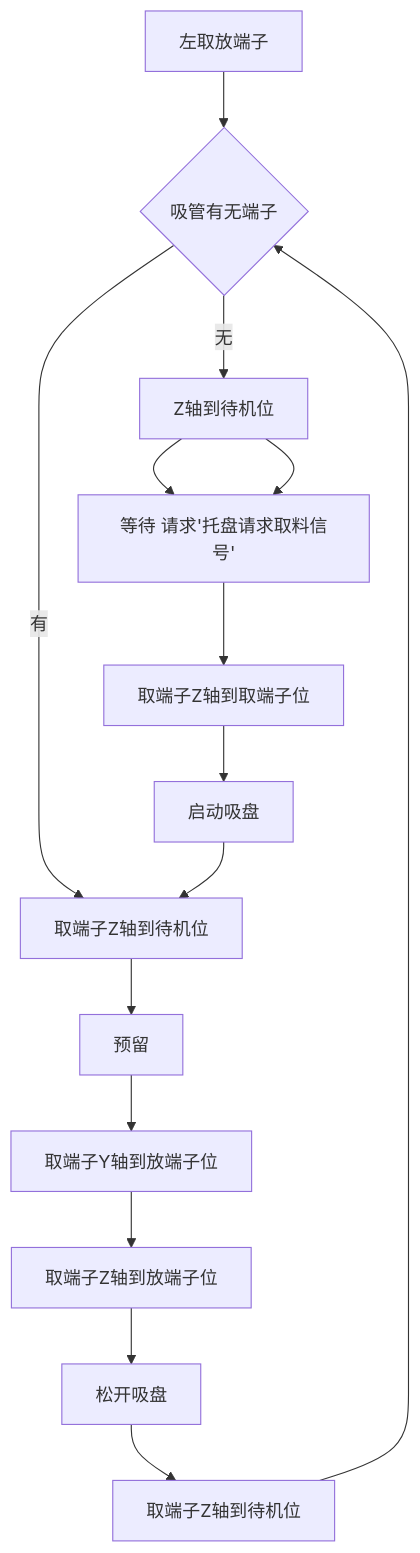
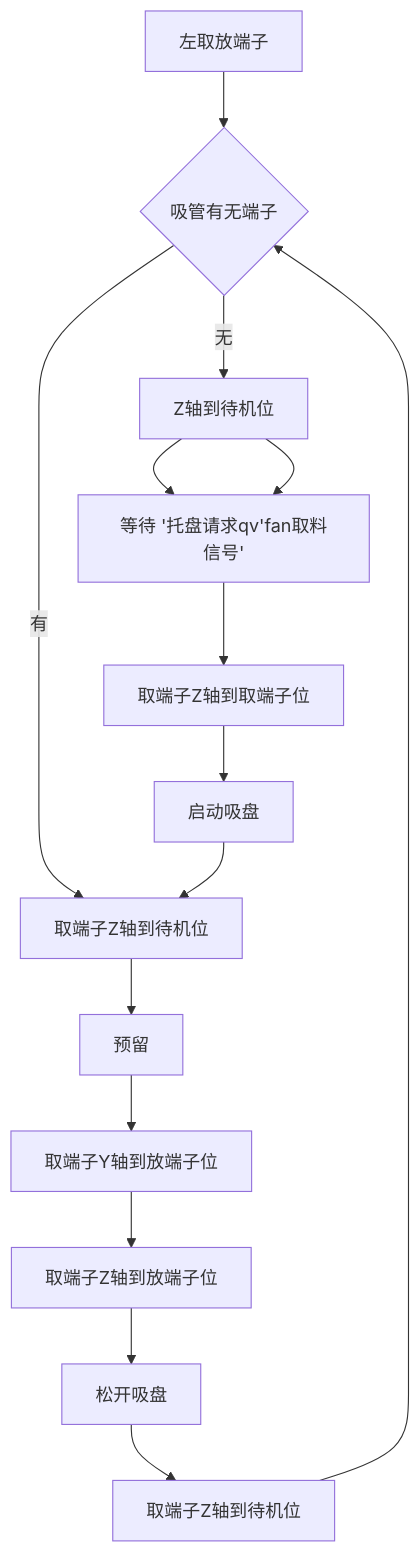
The diagram in all/VR-OP90左取放端子.md (zmq000/iodraw-files), drawn with Mermaid before and after one commit.

Commit message:
2026-06-18 11:28:55 update

````diff
--- a/all/VR-OP90左取放端子.md
+++ b/all/VR-OP90左取放端子.md
@@ -1,19 +1,19 @@
 ```mermaid
 graph TD
 0[左取放端子]-->10
 10{吸管有无端子}-->|有|60
 10-->|无|20
 20[取端子Y轴到取端子位]-->30
 30[托盘X轴到取端子位]-->40
 40[取端子Z轴到取端子位]-->50
 50[启动吸盘]-->60
 60[取端子Z轴到待机位]-->70
 70[预留]-->80
 80[取端子Y轴到放端子位]-->90
 90[取端子Z轴到放端子位]-->100
 100[松开吸盘]-->110
 110[取端子Z轴到待机位]-->10
 
 20[Z轴到待机位]-->30
-30[等待 请求'托盘请求取料信号']
+30[等待 '托盘请求qv'fan取料信号']
 ```
````
